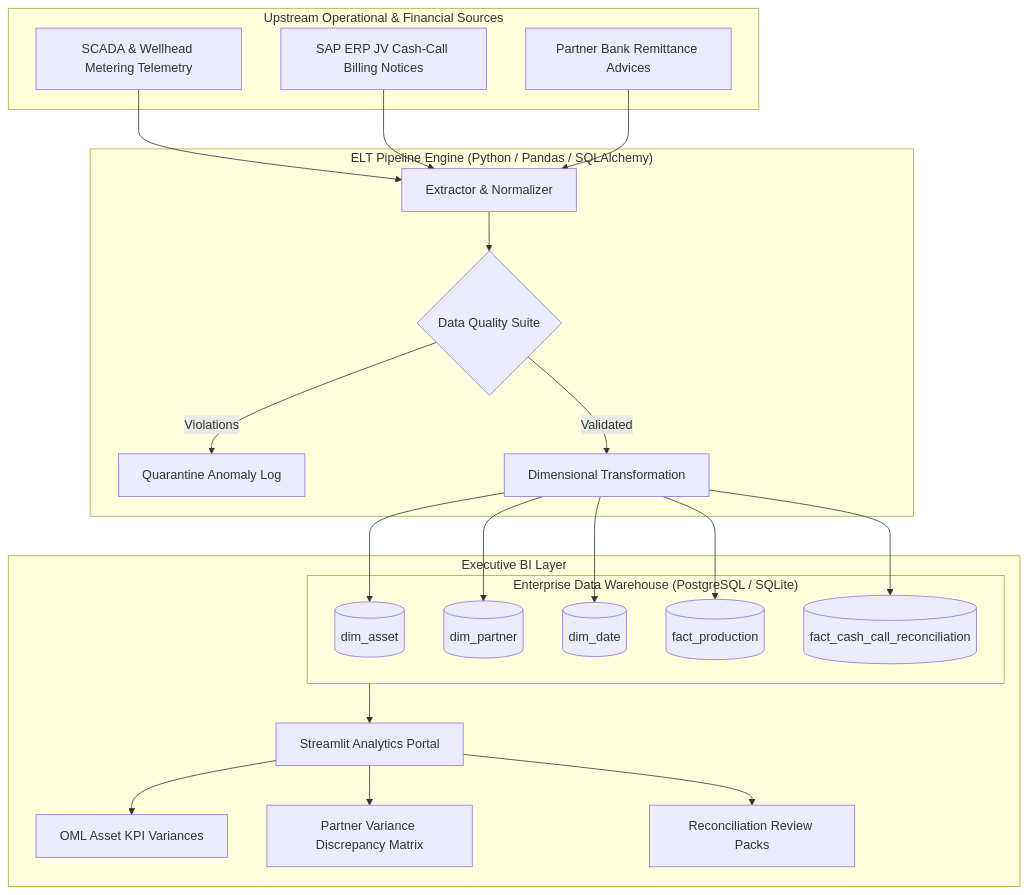
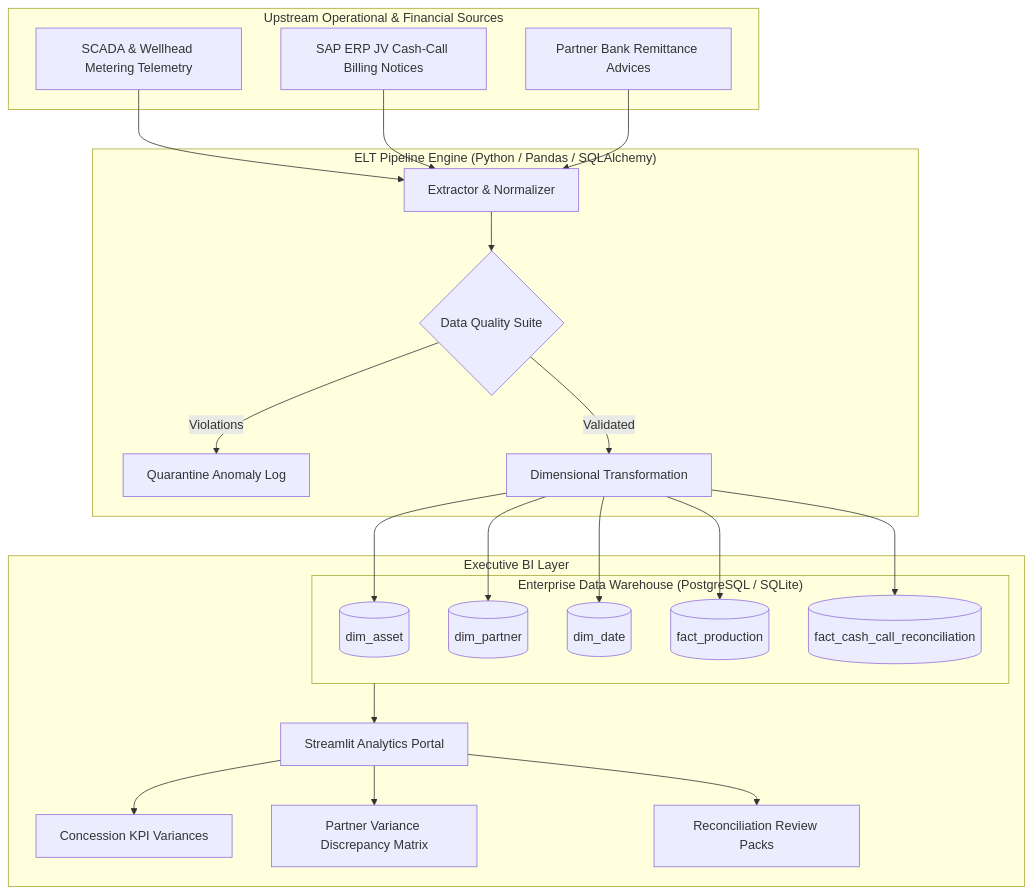
One commit to JayNabasu/energy-edw-pipeline-analytics changed the diagram in README.md. Above: the diagram before and after it, drawn with Mermaid. The commit also changed other lines of this file, not shown here.

Commit message:
docs: anonymize specific asset codes in favor of generalized concession terminology

````diff
--- a/README.md
+++ b/README.md
@@ -27,33 +27,33 @@
 ```mermaid
 flowchart TD
     subgraph Sources ["Upstream Operational & Financial Sources"]
         S1[SCADA & Wellhead Metering Telemetry]
         S2[SAP ERP JV Cash-Call Billing Notices]
         S3[Partner Bank Remittance Advices]
     end
 
     subgraph Ingestion_Transform ["ELT Pipeline Engine (Python / Pandas / SQLAlchemy)"]
         Extract[Extractor & Normalizer] --> DQ{Data Quality Suite}
         DQ -- Violations --> Reject[Quarantine Anomaly Log]
         DQ -- Validated --> StarSchema[Dimensional Transformation]
     end
 
     subgraph Warehouse ["Enterprise Data Warehouse (PostgreSQL / SQLite)"]
         StarSchema --> DimAsset[(dim_asset)]
         StarSchema --> DimPartner[(dim_partner)]
         StarSchema --> DimDate[(dim_date)]
         StarSchema --> FactProd[(fact_production)]
         StarSchema --> FactCash[(fact_cash_call_reconciliation)]
     end
 
     subgraph Analytics ["Executive BI Layer"]
         Warehouse --> StreamlitApp[Streamlit Analytics Portal]
-        StreamlitApp --> Charts[OML Asset KPI Variances]
+        StreamlitApp --> Charts[Concession KPI Variances]
         StreamlitApp --> AuditTable[Partner Variance Discrepancy Matrix]
         StreamlitApp --> CSVExport[Reconciliation Review Packs]
     end
 
     S1 --> Extract
     S2 --> Extract
     S3 --> Extract
 ```
````
